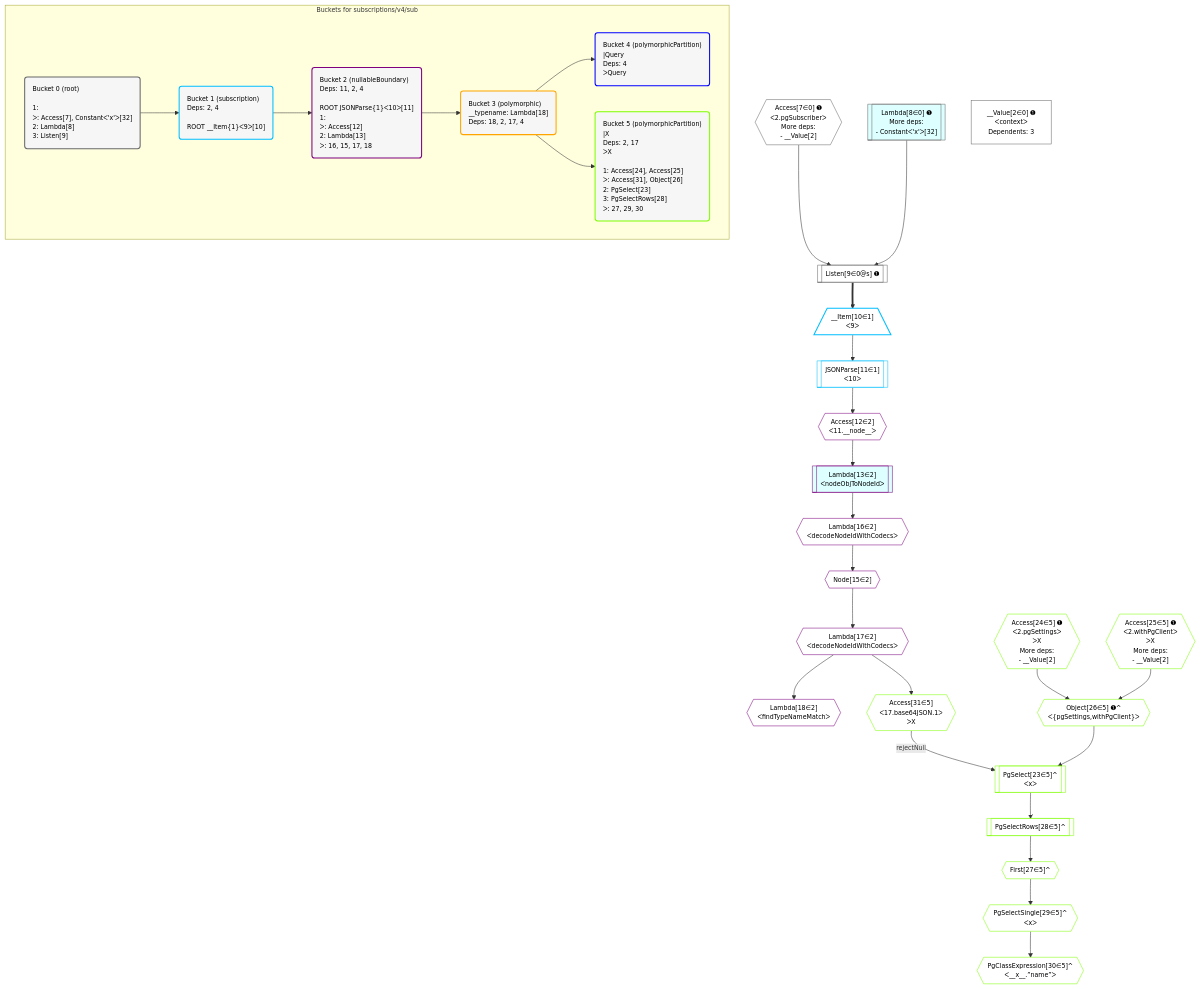
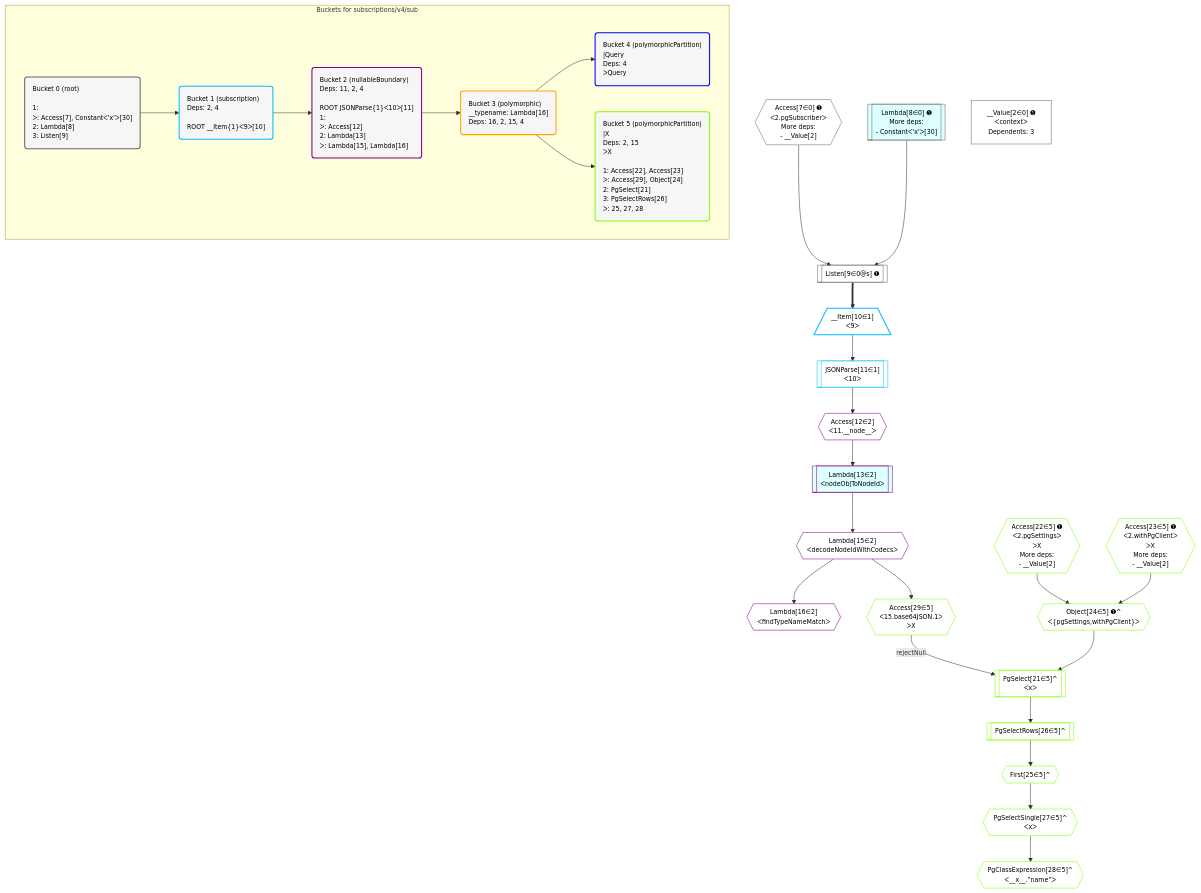
Before and after one commit to graphile/crystal: the diagram in postgraphile/postgraphile/__tests__/subscriptions/v4/sub.mermaid, drawn with Mermaid. The commit also changed 2 other files, not shown here.

```diff
--- a/postgraphile/postgraphile/__tests__/subscriptions/v4/sub.mermaid
+++ b/postgraphile/postgraphile/__tests__/subscriptions/v4/sub.mermaid
@@ -1,75 +1,71 @@
 %%{init: {'themeVariables': { 'fontSize': '12px'}}}%%
 graph TD
     classDef path fill:#eee,stroke:#000,color:#000
     classDef plan fill:#fff,stroke-width:1px,color:#000
     classDef itemplan fill:#fff,stroke-width:2px,color:#000
     classDef unbatchedplan fill:#dff,stroke-width:1px,color:#000
     classDef sideeffectplan fill:#fcc,stroke-width:2px,color:#000
     classDef bucket fill:#f6f6f6,color:#000,stroke-width:2px,text-align:left
 
     subgraph "Buckets for subscriptions/v4/sub"
-    Bucket0("Bucket 0 (root)<br /><br />1: <br />ᐳ: Access[7], Constantᐸ'x'ᐳ[32]<br />2: Lambda[8]<br />3: Listen[9]"):::bucket
+    Bucket0("Bucket 0 (root)<br /><br />1: <br />ᐳ: Access[7], Constantᐸ'x'ᐳ[30]<br />2: Lambda[8]<br />3: Listen[9]"):::bucket
     Bucket1("Bucket 1 (subscription)<br />Deps: 2, 4<br /><br />ROOT __Item{1}ᐸ9ᐳ[10]"):::bucket
-    Bucket2("Bucket 2 (nullableBoundary)<br />Deps: 11, 2, 4<br /><br />ROOT JSONParse{1}ᐸ10ᐳ[11]<br />1: <br />ᐳ: Access[12]<br />2: Lambda[13]<br />ᐳ: 16, 15, 17, 18"):::bucket
-    Bucket3("Bucket 3 (polymorphic)<br />__typename: Lambda[18]<br />Deps: 18, 2, 17, 4"):::bucket
+    Bucket2("Bucket 2 (nullableBoundary)<br />Deps: 11, 2, 4<br /><br />ROOT JSONParse{1}ᐸ10ᐳ[11]<br />1: <br />ᐳ: Access[12]<br />2: Lambda[13]<br />ᐳ: Lambda[15], Lambda[16]"):::bucket
+    Bucket3("Bucket 3 (polymorphic)<br />__typename: Lambda[16]<br />Deps: 16, 2, 15, 4"):::bucket
     Bucket4("Bucket 4 (polymorphicPartition)<br />|Query<br />Deps: 4<br />ᐳQuery"):::bucket
-    Bucket5("Bucket 5 (polymorphicPartition)<br />|X<br />Deps: 2, 17<br />ᐳX<br /><br />1: Access[24], Access[25]<br />ᐳ: Access[31], Object[26]<br />2: PgSelect[23]<br />3: PgSelectRows[28]<br />ᐳ: 27, 29, 30"):::bucket
+    Bucket5("Bucket 5 (polymorphicPartition)<br />|X<br />Deps: 2, 15<br />ᐳX<br /><br />1: Access[22], Access[23]<br />ᐳ: Access[29], Object[24]<br />2: PgSelect[21]<br />3: PgSelectRows[26]<br />ᐳ: 25, 27, 28"):::bucket
     end
     Bucket0 --> Bucket1
     Bucket1 --> Bucket2
     Bucket2 --> Bucket3
     Bucket3 --> Bucket4 & Bucket5
 
     %% plan dependencies
     Listen9[["Listen[9∈0@s] ➊"]]:::plan
     Access7{{"Access[7∈0] ➊<br />ᐸ2.pgSubscriberᐳ<br />More deps:<br />- __Value[2]"}}:::plan
-    Lambda8[["Lambda[8∈0] ➊<br />More deps:<br />- Constantᐸ'x'ᐳ[32]"]]:::unbatchedplan
+    Lambda8[["Lambda[8∈0] ➊<br />More deps:<br />- Constantᐸ'x'ᐳ[30]"]]:::unbatchedplan
     Access7 & Lambda8 --> Listen9
     __Value2["__Value[2∈0] ➊<br />ᐸcontextᐳ<br />Dependents: 3"]:::plan
     __Item10[/"__Item[10∈1]<br />ᐸ9ᐳ"\]:::itemplan
     Listen9 ==> __Item10
     JSONParse11[["JSONParse[11∈1]<br />ᐸ10ᐳ"]]:::plan
     __Item10 --> JSONParse11
     Access12{{"Access[12∈2]<br />ᐸ11.__node__ᐳ"}}:::plan
     JSONParse11 --> Access12
     Lambda13[["Lambda[13∈2]<br />ᐸnodeObjToNodeIdᐳ"]]:::unbatchedplan
     Access12 --> Lambda13
-    Node15{{"Node[15∈2]"}}:::plan
-    Lambda16{{"Lambda[16∈2]<br />ᐸdecodeNodeIdWithCodecsᐳ"}}:::plan
-    Lambda16 --> Node15
-    Lambda13 --> Lambda16
-    Lambda17{{"Lambda[17∈2]<br />ᐸdecodeNodeIdWithCodecsᐳ"}}:::plan
-    Node15 --> Lambda17
-    Lambda18{{"Lambda[18∈2]<br />ᐸfindTypeNameMatchᐳ"}}:::plan
-    Lambda17 --> Lambda18
-    PgSelect23[["PgSelect[23∈5]^<br />ᐸxᐳ"]]:::plan
-    Object26{{"Object[26∈5] ➊^<br />ᐸ{pgSettings,withPgClient}ᐳ"}}:::plan
-    Access31{{"Access[31∈5]<br />ᐸ17.base64JSON.1ᐳ<br />ᐳX"}}:::plan
-    Access31 -->|rejectNull| PgSelect23
-    Object26 --> PgSelect23
-    Access24{{"Access[24∈5] ➊<br />ᐸ2.pgSettingsᐳ<br />ᐳX<br />More deps:<br />- __Value[2]"}}:::plan
-    Access25{{"Access[25∈5] ➊<br />ᐸ2.withPgClientᐳ<br />ᐳX<br />More deps:<br />- __Value[2]"}}:::plan
-    Access24 & Access25 --> Object26
-    First27{{"First[27∈5]^"}}:::plan
-    PgSelectRows28[["PgSelectRows[28∈5]^"]]:::plan
-    PgSelectRows28 --> First27
-    PgSelect23 --> PgSelectRows28
-    PgSelectSingle29{{"PgSelectSingle[29∈5]^<br />ᐸxᐳ"}}:::plan
-    First27 --> PgSelectSingle29
-    PgClassExpression30{{"PgClassExpression[30∈5]^<br />ᐸ__x__.”name”ᐳ"}}:::plan
-    PgSelectSingle29 --> PgClassExpression30
-    Lambda17 --> Access31
+    Lambda15{{"Lambda[15∈2]<br />ᐸdecodeNodeIdWithCodecsᐳ"}}:::plan
+    Lambda13 --> Lambda15
+    Lambda16{{"Lambda[16∈2]<br />ᐸfindTypeNameMatchᐳ"}}:::plan
+    Lambda15 --> Lambda16
+    PgSelect21[["PgSelect[21∈5]^<br />ᐸxᐳ"]]:::plan
+    Object24{{"Object[24∈5] ➊^<br />ᐸ{pgSettings,withPgClient}ᐳ"}}:::plan
+    Access29{{"Access[29∈5]<br />ᐸ15.base64JSON.1ᐳ<br />ᐳX"}}:::plan
+    Access29 -->|rejectNull| PgSelect21
+    Object24 --> PgSelect21
+    Access22{{"Access[22∈5] ➊<br />ᐸ2.pgSettingsᐳ<br />ᐳX<br />More deps:<br />- __Value[2]"}}:::plan
+    Access23{{"Access[23∈5] ➊<br />ᐸ2.withPgClientᐳ<br />ᐳX<br />More deps:<br />- __Value[2]"}}:::plan
+    Access22 & Access23 --> Object24
+    First25{{"First[25∈5]^"}}:::plan
+    PgSelectRows26[["PgSelectRows[26∈5]^"]]:::plan
+    PgSelectRows26 --> First25
+    PgSelect21 --> PgSelectRows26
+    PgSelectSingle27{{"PgSelectSingle[27∈5]^<br />ᐸxᐳ"}}:::plan
+    First25 --> PgSelectSingle27
+    PgClassExpression28{{"PgClassExpression[28∈5]^<br />ᐸ__x__.”name”ᐳ"}}:::plan
+    PgSelectSingle27 --> PgClassExpression28
+    Lambda15 --> Access29
 
     %% define steps
     classDef bucket0 stroke:#696969
     class Bucket0,__Value2,Access7,Lambda8,Listen9 bucket0
     classDef bucket1 stroke:#00bfff
     class Bucket1,__Item10,JSONParse11 bucket1
     classDef bucket2 stroke:#7f007f
-    class Bucket2,Access12,Lambda13,Node15,Lambda16,Lambda17,Lambda18 bucket2
+    class Bucket2,Access12,Lambda13,Lambda15,Lambda16 bucket2
     classDef bucket3 stroke:#ffa500
     class Bucket3 bucket3
     classDef bucket4 stroke:#0000ff
     class Bucket4 bucket4
     classDef bucket5 stroke:#7fff00
-    class Bucket5,PgSelect23,Access24,Access25,Object26,First27,PgSelectRows28,PgSelectSingle29,PgClassExpression30,Access31 bucket5
+    class Bucket5,PgSelect21,Access22,Access23,Object24,First25,PgSelectRows26,PgSelectSingle27,PgClassExpression28,Access29 bucket5
```
